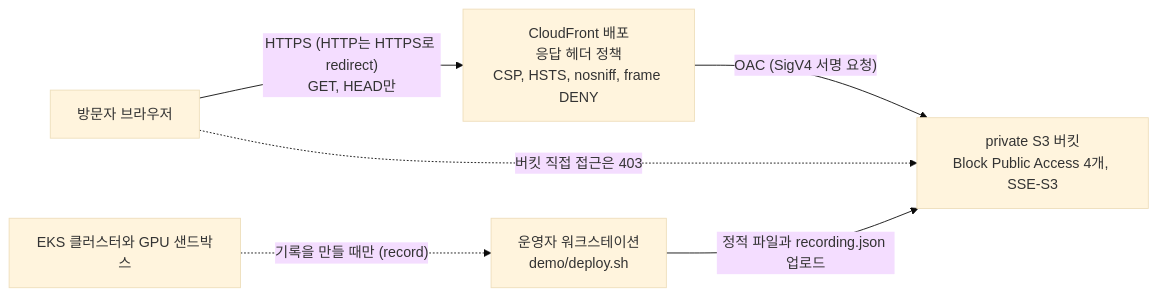
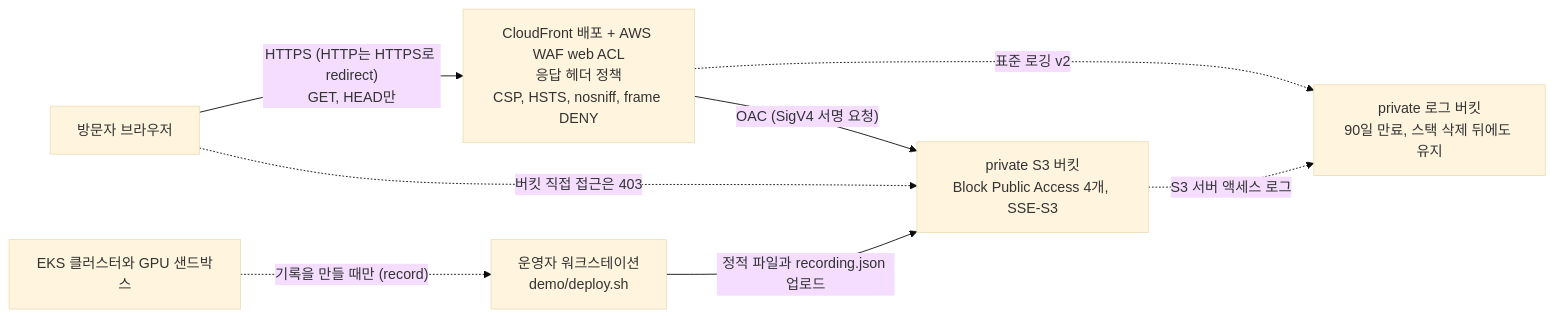
The diagram in docs/handson/09_demo_site.md (daekeun-ml/gpu-sandbox-on-aws), drawn with Mermaid (base theme) before and after one commit. The commit also changed other lines of this file and 5 other files, not shown here.

````diff
--- a/docs/handson/09_demo_site.md
+++ b/docs/handson/09_demo_site.md
@@ -47,8 +47,10 @@
 ```mermaid
 flowchart LR
-    V["방문자 브라우저"] -->|"HTTPS (HTTP는 HTTPS로 redirect)<br/>GET, HEAD만"| CF["CloudFront 배포<br/>응답 헤더 정책<br/>CSP, HSTS, nosniff, frame DENY"]
+    V["방문자 브라우저"] -->|"HTTPS (HTTP는 HTTPS로 redirect)<br/>GET, HEAD만"| CF["CloudFront 배포 + AWS WAF web ACL<br/>응답 헤더 정책<br/>CSP, HSTS, nosniff, frame DENY"]
     CF -->|"OAC (SigV4 서명 요청)"| S3["private S3 버킷<br/>Block Public Access 4개, SSE-S3"]
     V -.->|"버킷 직접 접근은 403"| S3
+    CF -.->|"표준 로깅 v2"| LOG["private 로그 버킷<br/>90일 만료, 스택 삭제 뒤에도 유지"]
+    S3 -.->|"S3 서버 액세스 로그"| LOG
     OP["운영자 워크스테이션<br/>demo/deploy.sh"] -->|"정적 파일과 recording.json 업로드"| S3
     K["EKS 클러스터와 GPU 샌드박스"] -.->|"기록을 만들 때만 (record)"| OP
 ```
````
